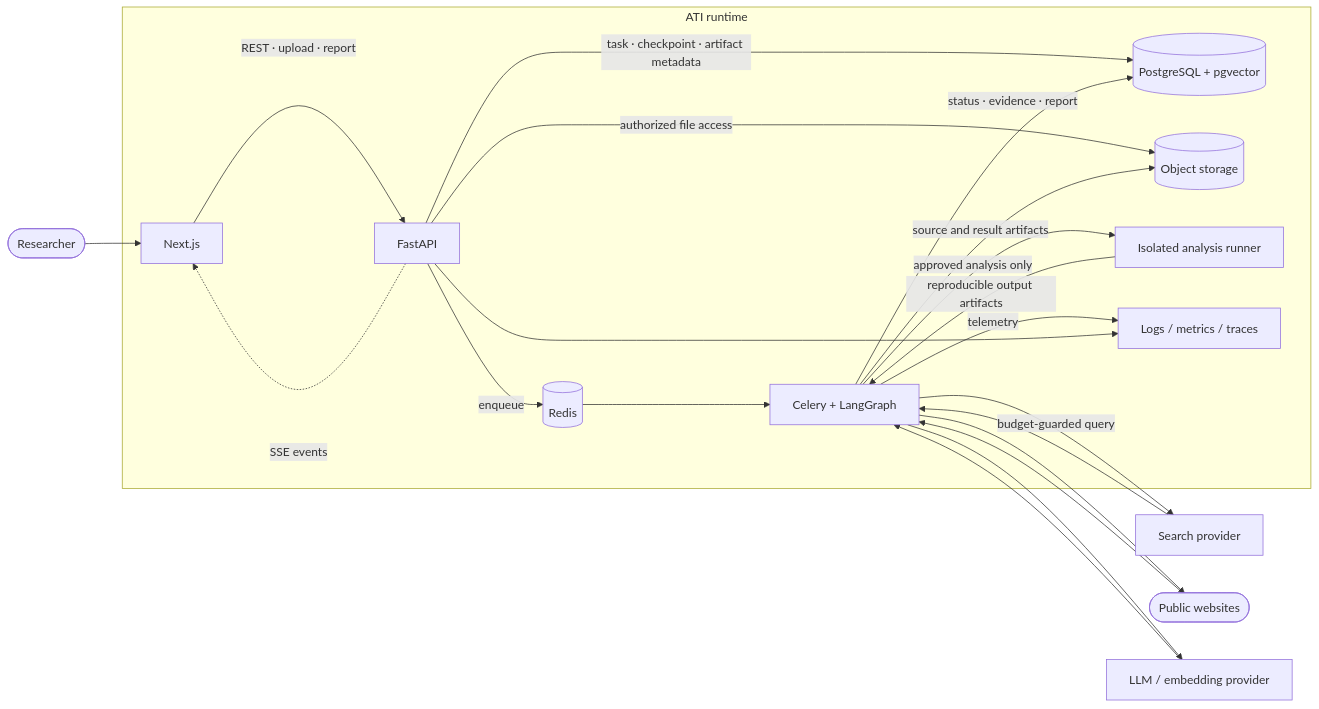
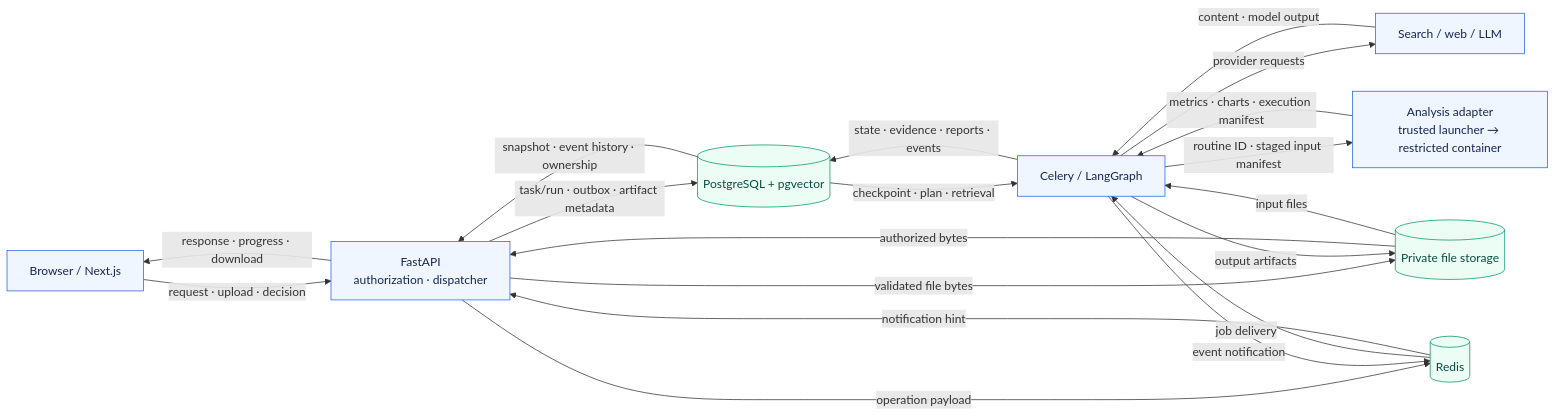
Before and after one commit to NguyenChien536/Multi-Agent-Research-System: the sixth of 7 diagrams in docs/architecture/system-design.md, drawn with Mermaid. The commit also changed other lines of this file and 21 other files, not shown here.

````diff
--- a/docs/architecture/system-design.md
+++ b/docs/architecture/system-design.md
@@ -466,38 +397,35 @@
 ```mermaid
 flowchart LR
-    User(["Researcher"])
-    Search["Search provider"]
-    Web(["Public websites"])
-    LLM["LLM / embedding provider"]
+    Browser["Browser / Next.js"]
+    API["FastAPI<br/>authorization · dispatcher"]
+    DB[("PostgreSQL + pgvector")]
+    Files[("Private file storage")]
+    Redis[("Redis")]
+    Worker["Celery / LangGraph"]
+    Providers["Search / web / LLM"]
+    Analysis["Analysis adapter<br/>trusted launcher → restricted container"]
 
-    subgraph App["ATI runtime"]
-        UI["Next.js"]
-        API["FastAPI"]
-        Broker[("Redis")]
-        Worker["Celery + LangGraph"]
-        DB[("PostgreSQL + pgvector")]
-        Files[("Object storage")]
-        Runner["Isolated analysis runner"]
-        Observe["Logs / metrics / traces"]
-    end
+    Browser -->|"request · upload · decision"| API
+    API -->|"task/run · outbox · artifact metadata"| DB
+    DB -->|"snapshot · event history · ownership"| API
+    API -->|"validated file bytes"| Files
+    Files -->|"authorized bytes"| API
+    API -->|"response · progress · download"| Browser
+    API -->|"operation payload"| Redis
+    Redis -->|"job delivery"| Worker
+    Worker -->|"state · evidence · reports · events"| DB
+    DB -->|"checkpoint · plan · retrieval"| Worker
+    Worker -->|"provider requests"| Providers
+    Providers -->|"content · model output"| Worker
+    Worker -->|"routine ID · staged input manifest"| Analysis
+    Analysis -->|"metrics · charts · execution manifest"| Worker
+    Files -->|"input files"| Worker
+    Worker -->|"output artifacts"| Files
+    Worker -->|"event notification"| Redis
+    Redis -->|"notification hint"| API
 
-    User --> UI
-    UI -->|"REST · upload · report"| API
-    API -.->|"SSE events"| UI
-    API -->|"task · checkpoint · artifact metadata"| DB
-    API -->|"authorized file access"| Files
-    API -->|"enqueue"| Broker
-    Broker --> Worker
-    Worker -->|"status · evidence · report"| DB
-    Worker -->|"source and result artifacts"| Files
-    Worker -->|"budget-guarded query"| Search
-    Search --> Worker
-    Worker --> Web
-    Web --> Worker
-    Worker --> LLM
-    LLM --> Worker
-    Worker -->|"approved analysis only"| Runner
-    Runner -->|"reproducible output artifacts"| Worker
-    Worker -->|"telemetry"| Observe
-    API --> Observe
+    classDef app fill:#eff6ff,stroke:#2563eb,color:#172554
+    classDef data fill:#ecfdf5,stroke:#059669,color:#064e3b
+    class Browser,API,Worker,Analysis,Providers app
+    class DB,Files,Redis data
 ```
````
